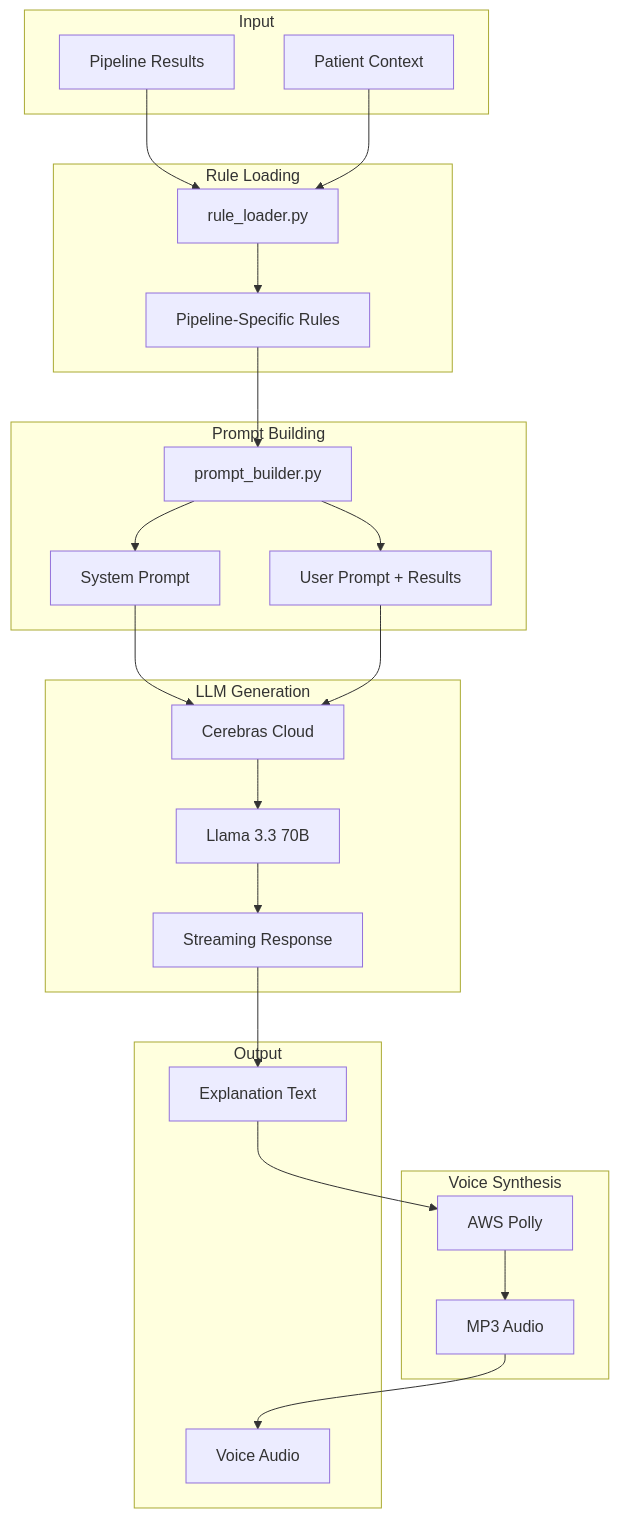
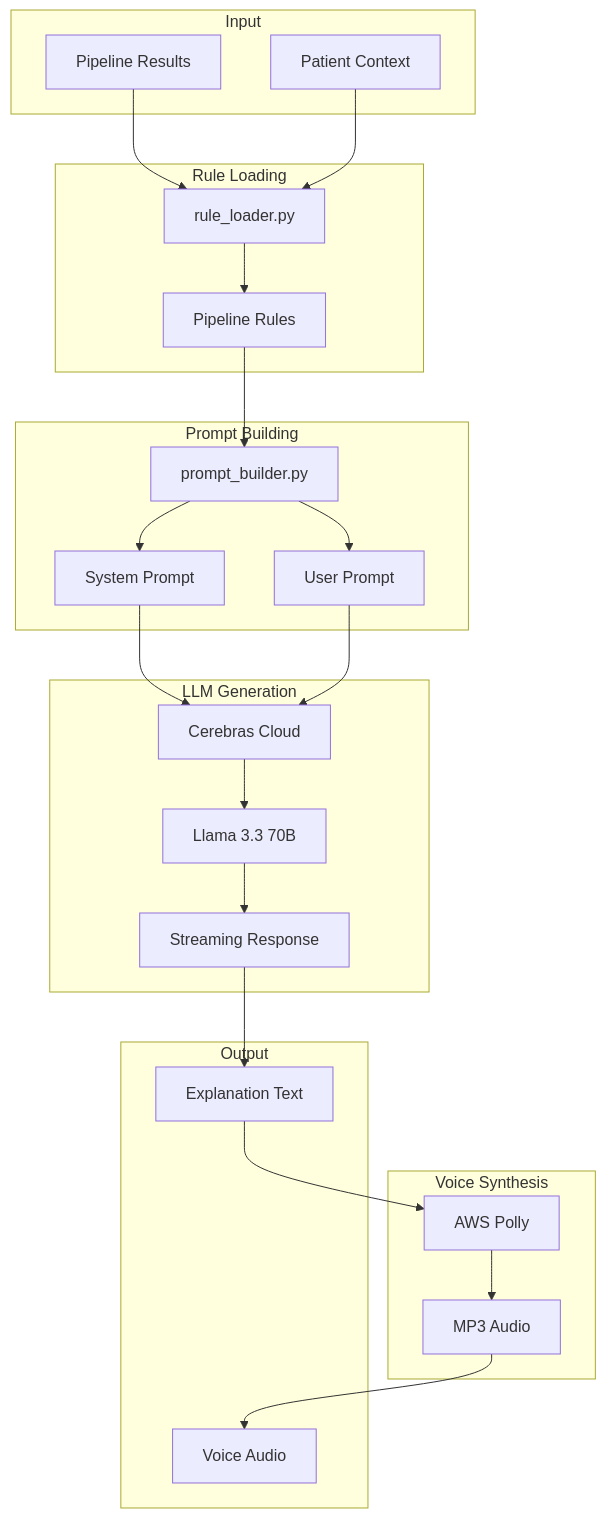
One commit to steeltroops-ai/NeuraLens changed the ninth of 11 diagrams in ARCHITECTURE.md. Above: the diagram before and after it, drawn with Mermaid. The commit also changed other lines of this file, not shown here.

Commit message:
fix(docs): correct Mermaid diagram syntax for GitHub rendering

````diff
--- a/ARCHITECTURE.md
+++ b/ARCHITECTURE.md
@@ -410,42 +419,45 @@
 ```mermaid
 graph TB
-    subgraph "Input"
-        Results[Pipeline Results]
-        Context[Patient Context]
+    subgraph Input4["Input"]
+        Results["Pipeline Results"]
+        Context["Patient Context"]
     end
     
-    subgraph "Rule Loading"
-        RuleLoader[rule_loader.py]
-        PipelineRules[Pipeline-Specific Rules]
+    subgraph RuleLoading["Rule Loading"]
+        RuleLoader["rule_loader.py"]
+        PipelineRules["Pipeline Rules"]
     end
     
-    subgraph "Prompt Building"
-        PromptBuilder[prompt_builder.py]
-        SystemPrompt[System Prompt]
-        UserPrompt[User Prompt + Results]
+    subgraph PromptBuild["Prompt Building"]
+        PromptBuilder["prompt_builder.py"]
+        SystemPrompt["System Prompt"]
+        UserPrompt["User Prompt"]
     end
     
-    subgraph "LLM Generation"
-        Cerebras[Cerebras Cloud]
-        Llama[Llama 3.3 70B]
-        Stream[Streaming Response]
+    subgraph LLMGen["LLM Generation"]
+        CerebrasLLM["Cerebras Cloud"]
+        Llama["Llama 3.3 70B"]
+        Stream["Streaming Response"]
     end
     
-    subgraph "Voice Synthesis"
-        Polly[AWS Polly]
-        Audio[MP3 Audio]
+    subgraph VoiceSynth["Voice Synthesis"]
+        Polly["AWS Polly"]
+        AudioOut["MP3 Audio"]
     end
     
-    subgraph "Output"
-        Text[Explanation Text]
-        Voice[Voice Audio]
+    subgraph Output4["Output"]
+        Text["Explanation Text"]
+        VoiceOut["Voice Audio"]
     end
     
     Results --> RuleLoader
     Context --> RuleLoader
     RuleLoader --> PipelineRules --> PromptBuilder
-    PromptBuilder --> SystemPrompt & UserPrompt
-    SystemPrompt & UserPrompt --> Cerebras --> Llama --> Stream
+    PromptBuilder --> SystemPrompt
+    PromptBuilder --> UserPrompt
+    SystemPrompt --> CerebrasLLM
+    UserPrompt --> CerebrasLLM
+    CerebrasLLM --> Llama --> Stream
     Stream --> Text
-    Text --> Polly --> Audio --> Voice
+    Text --> Polly --> AudioOut --> VoiceOut
 ```
````
